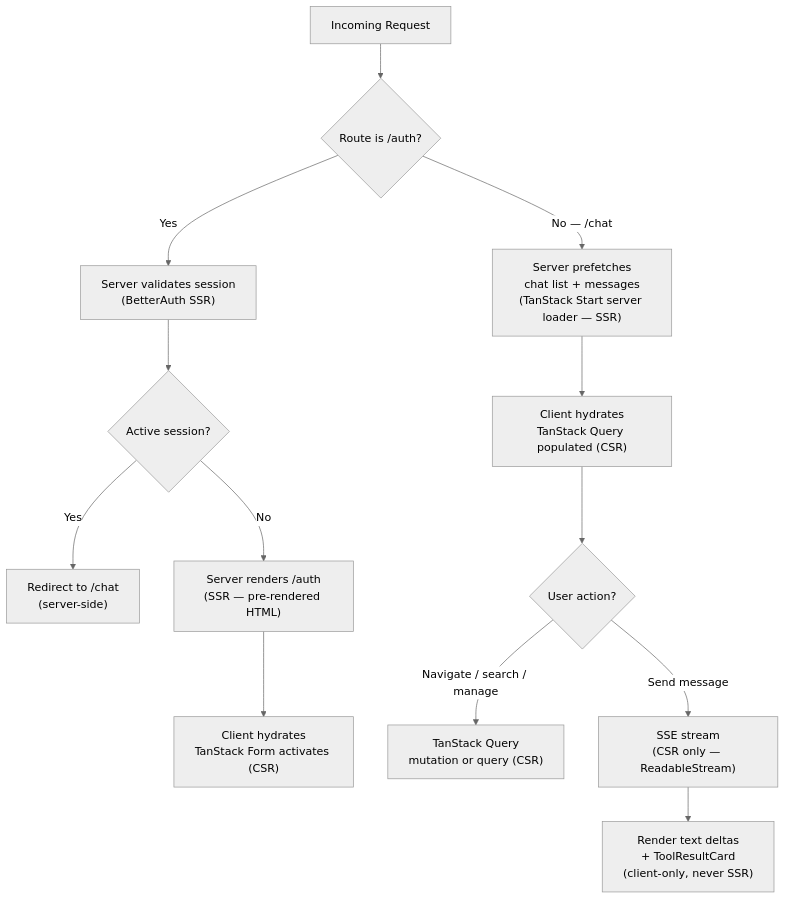
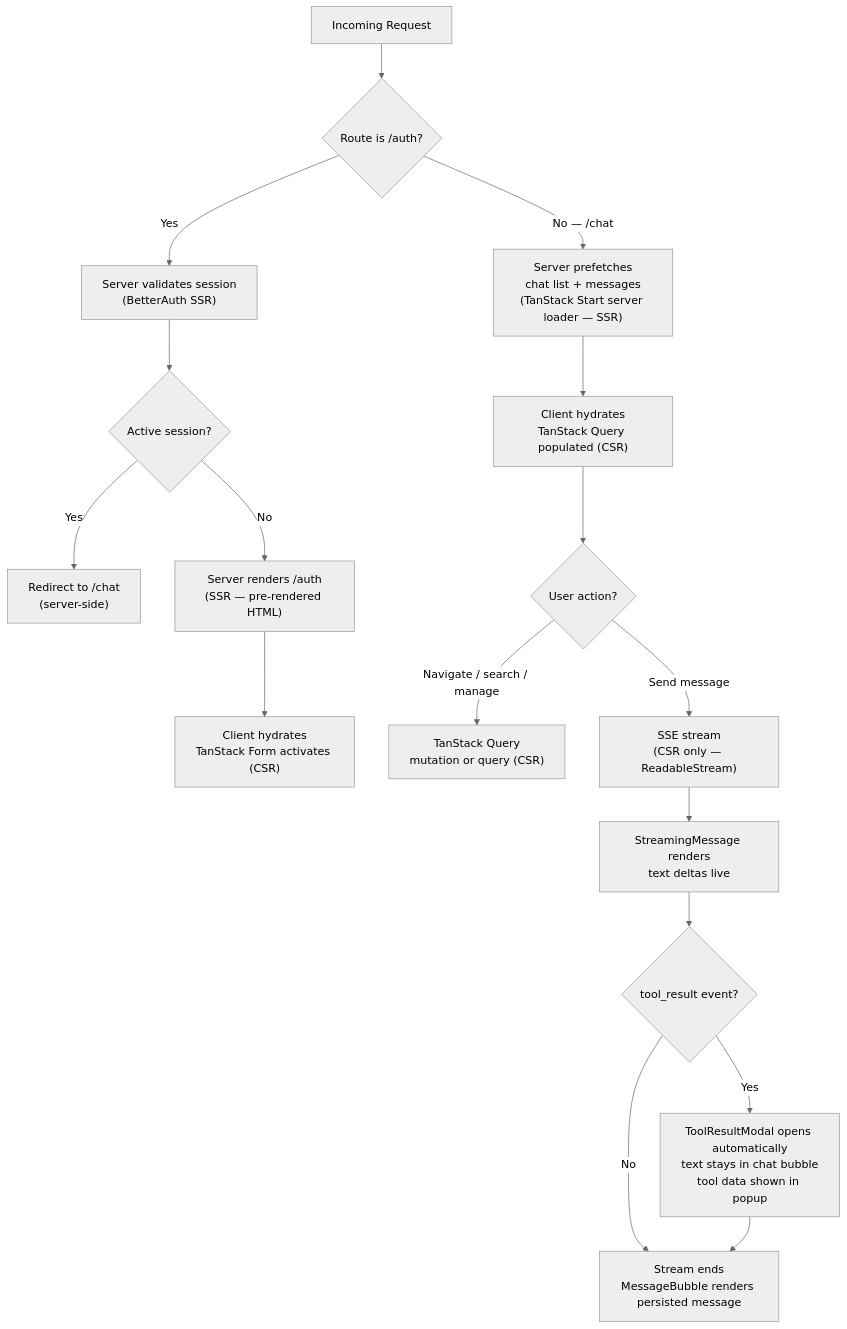
The ninth of 10 diagrams in openspec/diagrams.md (Gabi-Einz/ai-assistant), drawn with Mermaid (neutral theme) before and after one commit. The commit also changed other lines of this file, not shown here.

Commit message:
update diagrams

````diff
--- a/openspec/diagrams.md
+++ b/openspec/diagrams.md
@@ -444,20 +473,24 @@
 ```mermaid
 flowchart TD
     REQ["Incoming Request"]
 
     REQ --> IS_AUTH{Route is /auth?}
 
     IS_AUTH -->|Yes| CHECK_SESSION["Server validates session\n(BetterAuth SSR)"]
     CHECK_SESSION --> HAS_SESSION{Active session?}
     HAS_SESSION -->|Yes| REDIRECT["Redirect to /chat\n(server-side)"]
     HAS_SESSION -->|No| RENDER_AUTH["Server renders /auth\n(SSR — pre-rendered HTML)"]
     RENDER_AUTH --> HYDRATE_AUTH["Client hydrates\nTanStack Form activates (CSR)"]
 
     IS_AUTH -->|No — /chat| PREFETCH["Server prefetches\nchat list + messages\n(TanStack Start server loader — SSR)"]
     PREFETCH --> HYDRATE_CHAT["Client hydrates\nTanStack Query populated (CSR)"]
     HYDRATE_CHAT --> USER_ACTION{User action?}
 
     USER_ACTION -->|"Navigate / search / manage"| CSR_QUERY["TanStack Query\nmutation or query (CSR)"]
     USER_ACTION -->|"Send message"| STREAM["SSE stream\n(CSR only — ReadableStream)"]
-    STREAM --> RENDER_STREAM["Render text deltas\n+ ToolResultCard\n(client-only, never SSR)"]
+    STREAM --> RENDER_TEXT["StreamingMessage renders\ntext deltas live"]
+    RENDER_TEXT --> TOOL_EVENT{tool_result event?}
+    TOOL_EVENT -->|Yes| OPEN_MODAL["ToolResultModal opens automatically\ntext stays in chat bubble\ntool data shown in popup"]
+    TOOL_EVENT -->|No| STREAM_END["Stream ends\nMessageBubble renders persisted message"]
+    OPEN_MODAL --> STREAM_END
 ```
````
